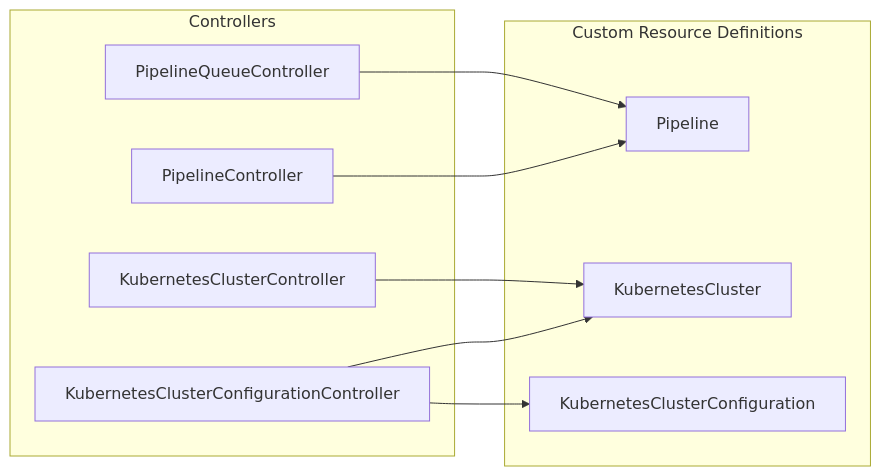
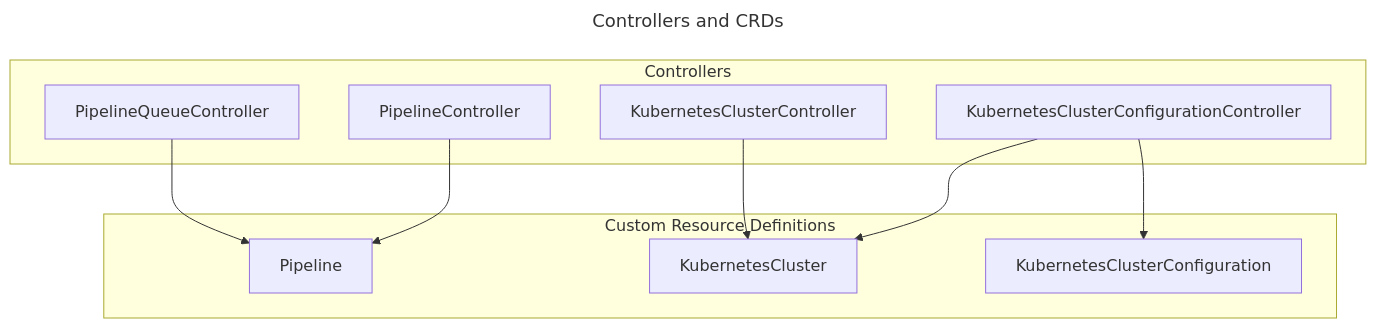
One commit to nokamoto/kaas-operator-prototype changed the second of 2 diagrams in docs/design.md. Above: the diagram before and after it, drawn with Mermaid. The commit also changed other lines of this file and 10 other files, not shown here.

````diff
--- a/docs/design.md
+++ b/docs/design.md
@@ -38,19 +62,22 @@
 ```mermaid
-flowchart LR
+---
+title: Controllers and CRDs
+---
+flowchart TD
   subgraph Controllers["Controllers"]
     pqc[PipelineQueueController]
     pc[PipelineController]
     kcc[KubernetesClusterController]
     kccc[KubernetesClusterConfigurationController]
   end
   subgraph CRDs["Custom Resource Definitions"]
     p[Pipeline]
     kc[KubernetesCluster]
     kccfg[KubernetesClusterConfiguration]
   end
   pqc --> p
   pc --> p
   kcc --> kc
   kccc --> kccfg
   kccc --> kc
 ```
````
